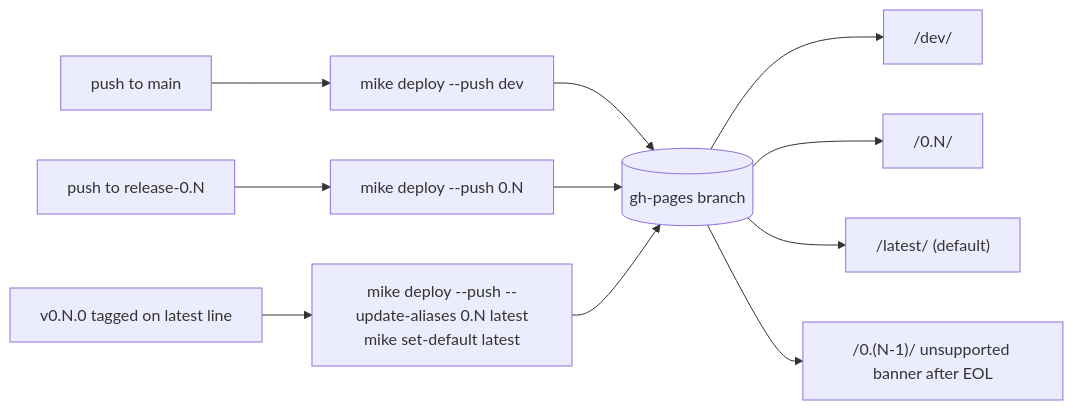
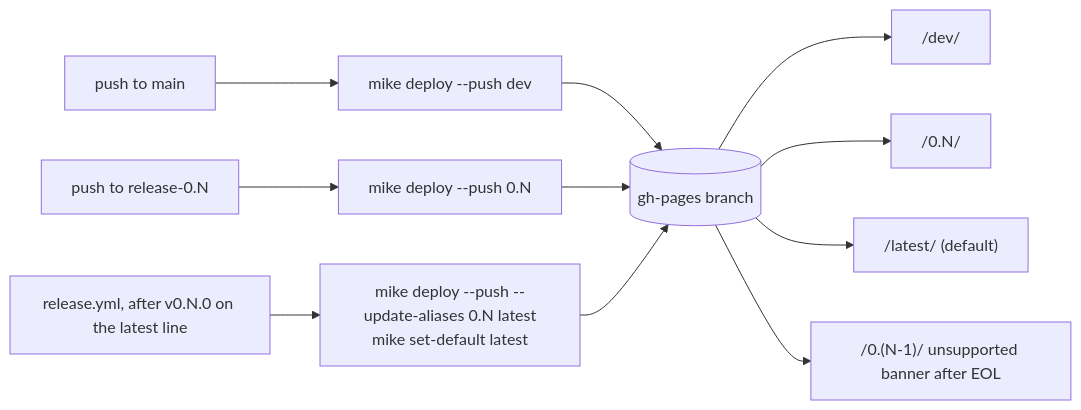
The seventh of 7 diagrams in docs/proposals/release-process.md (LFDT-Panurus/panurus), drawn with Mermaid before and after one commit. The commit also changed other lines of this file, not shown here.

First line of the commit message:
docs(proposals): revise release process after independent review

````diff
--- a/docs/proposals/release-process.md
+++ b/docs/proposals/release-process.md
@@ -701,13 +762,13 @@
 ```mermaid
 flowchart LR
     M["push to main"] --> D["mike deploy --push dev"]
     R["push to release-0.N"] --> V["mike deploy --push 0.N"]
-    T["v0.N.0 tagged on latest line"] --> L["mike deploy --push --update-aliases 0.N latest<br/>mike set-default latest"]
+    T["release.yml, after v0.N.0 on the latest line"] --> L["mike deploy --push --update-aliases 0.N latest<br/>mike set-default latest"]
     D --> GP[("gh-pages branch")]
     V --> GP
     L --> GP
     GP --> S1["/dev/"]
     GP --> S2["/0.N/"]
     GP --> S3["/latest/ (default)"]
     GP --> S4["/0.(N-1)/ unsupported banner after EOL"]
 ```
````
